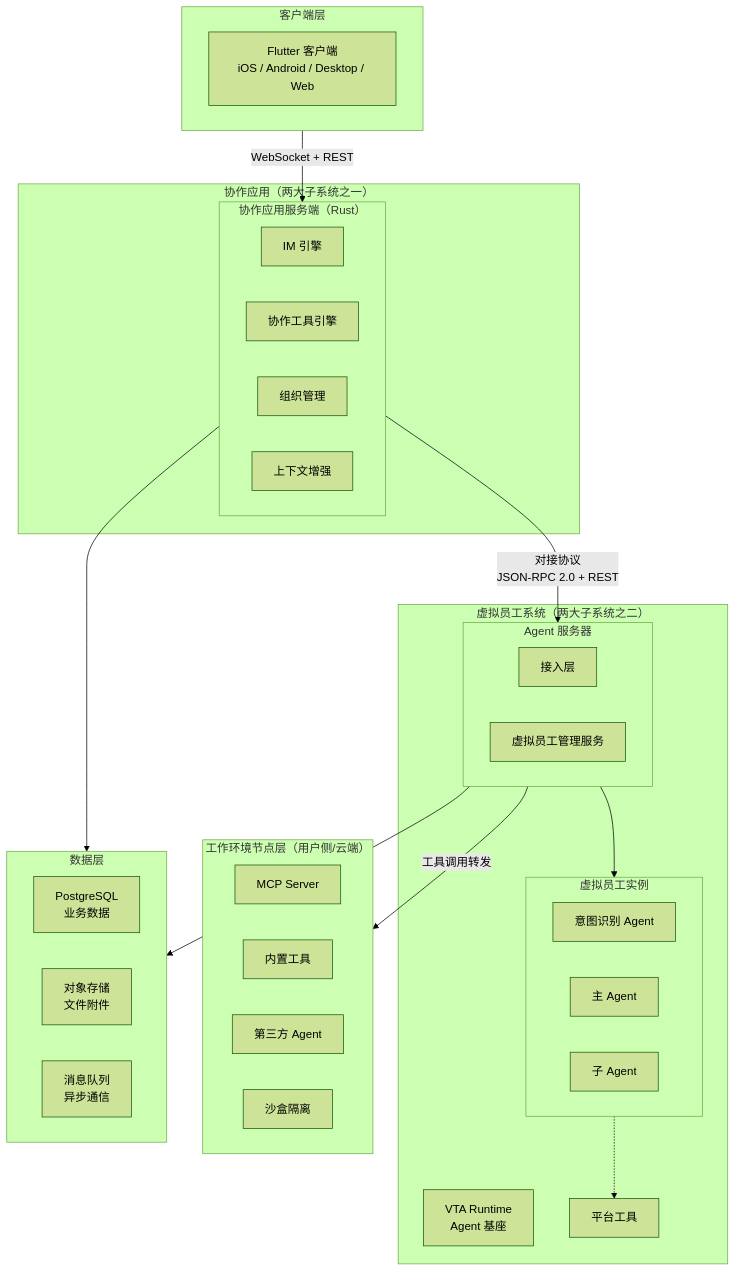
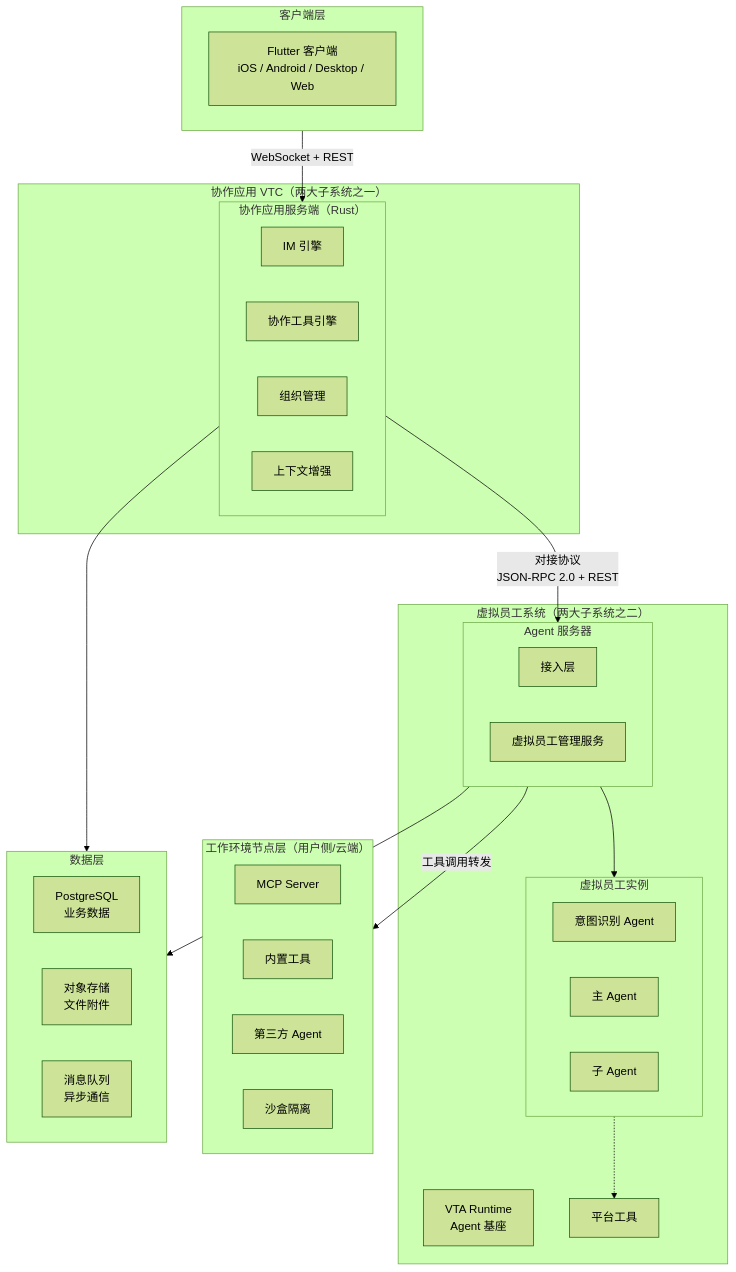
The first of 5 diagrams in virtual-team/src/03-system-architecture.md (chongyi/virtual-team-architecture), drawn with Mermaid (forest theme) before and after one commit. The commit also changed 21 other files, not shown here.

````diff
--- a/virtual-team/src/03-system-architecture.md
+++ b/virtual-team/src/03-system-architecture.md
@@ -7,56 +7,56 @@
 ```mermaid
 flowchart TB
     subgraph client["客户端层"]
         flutter["Flutter 客户端<br/>iOS / Android / Desktop / Web"]
     end
 
     client -->|"WebSocket + REST"| collabSvr
 
-    subgraph collabApp["协作应用（两大子系统之一）"]
+    subgraph collabApp["协作应用 VTC（两大子系统之一）"]
         subgraph collabSvr["协作应用服务端（Rust）"]
             im["IM 引擎"]
             collab["协作工具引擎"]
             org["组织管理"]
             ctx["上下文增强"]
         end
     end
 
     collabSvr -->|"对接协议<br/>JSON-RPC 2.0 + REST"| agentServer
 
     subgraph veSystem["虚拟员工系统（两大子系统之二）"]
         subgraph agentServer["Agent 服务器"]
             access["接入层"]
             veMgmt["虚拟员工管理服务"]
         end
 
         agentServer --> veInstance
 
         subgraph veInstance["虚拟员工实例"]
             intent["意图识别 Agent"]
             main["主 Agent"]
             sub["子 Agent"]
         end
 
         vta["VTA Runtime<br/>Agent 基座"]
         platformTools["平台工具"]
     end
 
     veInstance -.-> platformTools
     agentServer -->|"工具调用转发"| workNode
 
     subgraph workNode["工作环境节点层（用户侧/云端）"]
         mcp["MCP Server"]
         builtin["内置工具"]
         thirdParty["第三方 Agent"]
         sandbox["沙盒隔离"]
     end
 
     subgraph data["数据层"]
         pg["PostgreSQL<br/>业务数据"]
         objStore["对象存储<br/>文件附件"]
         mq["消息队列<br/>异步通信"]
     end
 
     collabSvr --> data
     agentServer --> data
 ```
````
